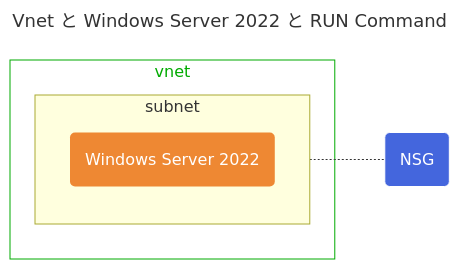
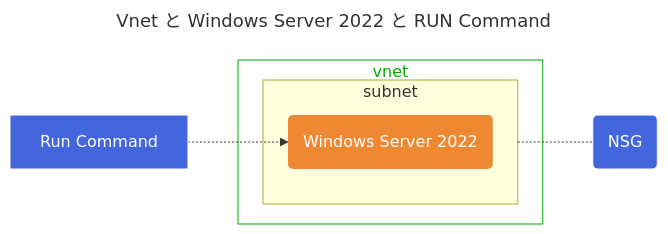
Before and after one commit to NakayamaKento/Azure_Bicep: the diagram in Blog/vm_runcommand/README.md, drawn with Mermaid.

Commit message:
feat: Update Azure Arc agent installation script URLs for Linux and Windows Server

````diff
--- a/Blog/vm_runcommand/README.md
+++ b/Blog/vm_runcommand/README.md
@@ -2,21 +2,24 @@
 ```mermaid
 ---
 title: Vnet と Windows Server 2022 と RUN Command
 ---
 graph LR
 subgraph Vnet[vnet]
     subgraph Subnet[subnet]
         WS1("Windows Server 2022")
     end
 end
 NSG1(NSG)
 
+RunCommand["Run Command"]
+
 classDef subG fill:none,color:#0a0,stroke:#0a0
 class Vnet,Subnet subG
 classDef SCP fill:#e83,color:#fff,stroke:none
 class WS1 SCP
 classDef NSGG fill:#46d,color:#fff,stroke:#fff
-class NSG1 NSGG
+class NSG1,RunCommand NSGG
 
 Subnet -.- NSG1
+RunCommand -.-> WS1
 ```
````
